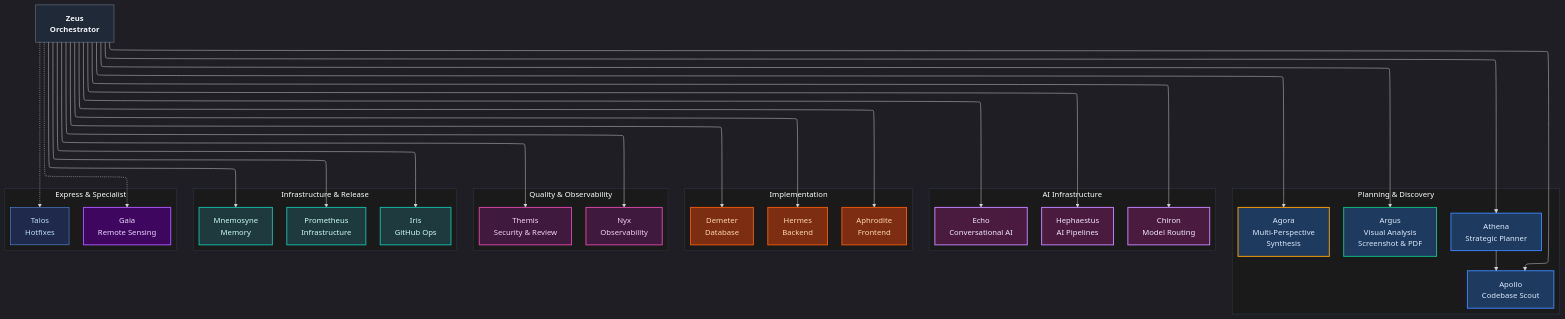
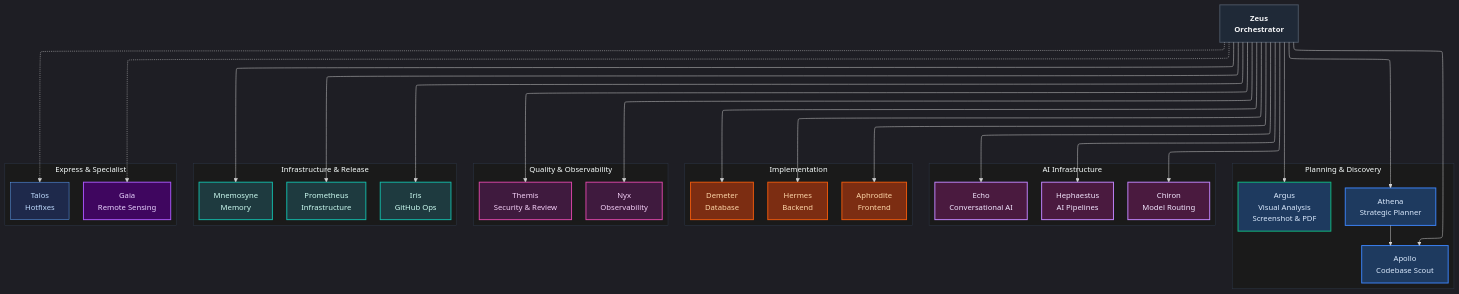
The diagram in agents/README.md (ils15/pantheon), drawn with Mermaid before and after one commit. The commit also changed other lines of this file and 97 other files, not shown here.

````diff
--- a/agents/README.md
+++ b/agents/README.md
@@ -228,67 +227,66 @@
 ```mermaid
 ---
 config:
   look: classic
   theme: dark
   layout: elk
 ---
 graph TB
     classDef tier0 fill:#1f2937,stroke:#4b5563,stroke-width:2px,color:#f3f4f6,font-weight:bold
     classDef tier1 fill:#1e3a5f,stroke:#3b82f6,stroke-width:2px,color:#dbeafe
     classDef tier1b fill:#4a1a3f,stroke:#c084fc,stroke-width:2px,color:#f3e8ff
     classDef tier2 fill:#7c2d12,stroke:#ea580c,stroke-width:2px,color:#fed7aa
     classDef tier3 fill:#3f1a3e,stroke:#d946a6,stroke-width:2px,color:#f5d1f8
     classDef tier4 fill:#1e3a3f,stroke:#14b8a6,stroke-width:2px,color:#ccfbf1
     classDef tier5 fill:#1e294b,stroke:#60a5fa,stroke-width:1px,color:#bfdbfe
     classDef tier6 fill:#3f065f,stroke:#a855f7,stroke-width:2px,color:#e9d5ff
     classDef planning fill:#1e3a5f,stroke:#f59e0b,stroke-width:2px,color:#dbeafe
     classDef discovery fill:#1e3a5f,stroke:#10b981,stroke-width:2px,color:#dbeafe
 
     O["Zeus<br/>Orchestrator"]:::tier0
 
     subgraph T1["Planning & Discovery"]
         A1["Athena<br/>Strategic Planner"]:::tier1
-        AGORA["Agora<br/>Multi-Perspective<br/>Synthesis"]:::planning
         A2["Apollo<br/>Codebase Scout"]:::tier1
         ARGUS["Argus<br/>Visual Analysis<br/>Screenshot & PDF"]:::discovery
     end
 
     subgraph AI["AI Infrastructure"]
         H["Hephaestus<br/>AI Pipelines"]:::tier1b
         Q["Chiron<br/>Model Routing"]:::tier1b
         E["Echo<br/>Conversational AI"]:::tier1b
     end
 
     subgraph T2["Implementation"]
         I1["Hermes<br/>Backend"]:::tier2
         I2["Aphrodite<br/>Frontend"]:::tier2
         I3["Demeter<br/>Database"]:::tier2
     end
 
     subgraph T3["Quality & Observability"]
         T1a["Themis<br/>Security & Review"]:::tier3
         N["Nyx<br/>Observability"]:::tier3
     end
 
     subgraph T4["Infrastructure & Release"]
         R["Prometheus<br/>Infrastructure"]:::tier4
         I["Iris<br/>GitHub Ops"]:::tier4
         M["Mnemosyne<br/>Memory"]:::tier4
     end
 
     subgraph T5["Express & Specialist"]
         T["Talos<br/>Hotfixes"]:::tier5
         G["Gaia<br/>Remote Sensing"]:::tier6
     end
 
-    O --> A1 & AGORA & A2 & ARGUS & H & Q & E & I1 & I2 & I3 & T1a & N & R & I & M
+    O --> A1 & A2 & ARGUS & H & Q & E & I1 & I2 & I3 & T1a & N & R & I & M
     O -.-> T & G
     A1 --> A2
 
     style T1 fill:#1a1a1a,stroke:#2d3748,stroke-width:1px
     style AI fill:#1a1a1a,stroke:#2d3748,stroke-width:1px
     style T2 fill:#1a1a1a,stroke:#2d3748,stroke-width:1px
     style T3 fill:#1a1a1a,stroke:#2d3748,stroke-width:1px
     style T4 fill:#1a1a1a,stroke:#2d3748,stroke-width:1px
     style T5 fill:#1a1a1a,stroke:#2d3748,stroke-width:1px
 ```
````
